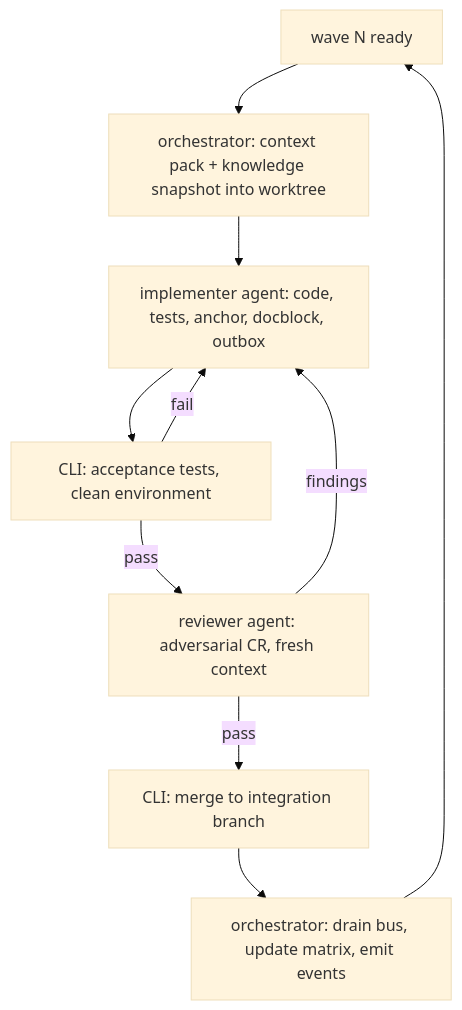
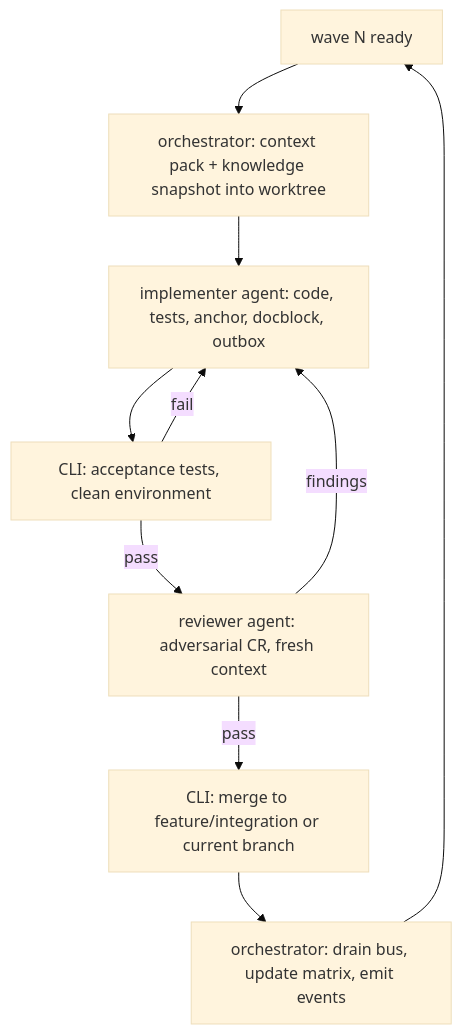
One commit to gadz82/orchid-sdd changed the third of 3 diagrams in docs/orchid-sdd-design.md. Above: the diagram before and after it, drawn with Mermaid (base theme). The commit also changed other lines of this file and 6 other files, not shown here.

Commit message:
fix(skill): enforce feature branch choice and prompt branch cleanup

````diff
--- a/docs/orchid-sdd-design.md
+++ b/docs/orchid-sdd-design.md
@@ -1876,12 +1882,12 @@
 ```mermaid
 flowchart TB
   W["wave N ready"] --> CP["orchestrator: context pack + knowledge snapshot into worktree"]
   CP --> IM["implementer agent: code, tests, anchor, docblock, outbox"]
   IM --> TV["CLI: acceptance tests, clean environment"]
   TV -->|fail| IM
   TV -->|pass| RV["reviewer agent: adversarial CR, fresh context"]
   RV -->|findings| IM
-  RV -->|pass| MG["CLI: merge to integration branch"]
+  RV -->|pass| MG["CLI: merge to feature/integration or current branch"]
   MG --> UP["orchestrator: drain bus, update matrix, emit events"]
   UP --> W
 ```
````
